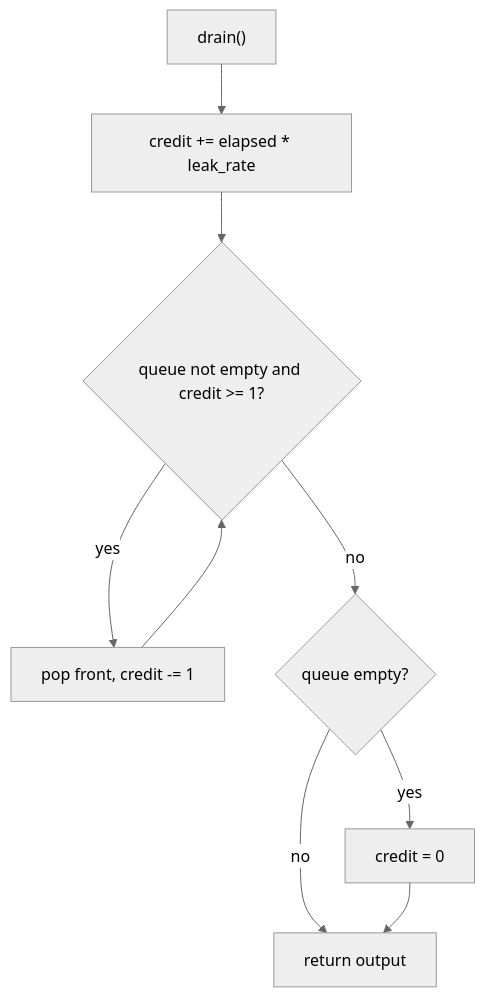
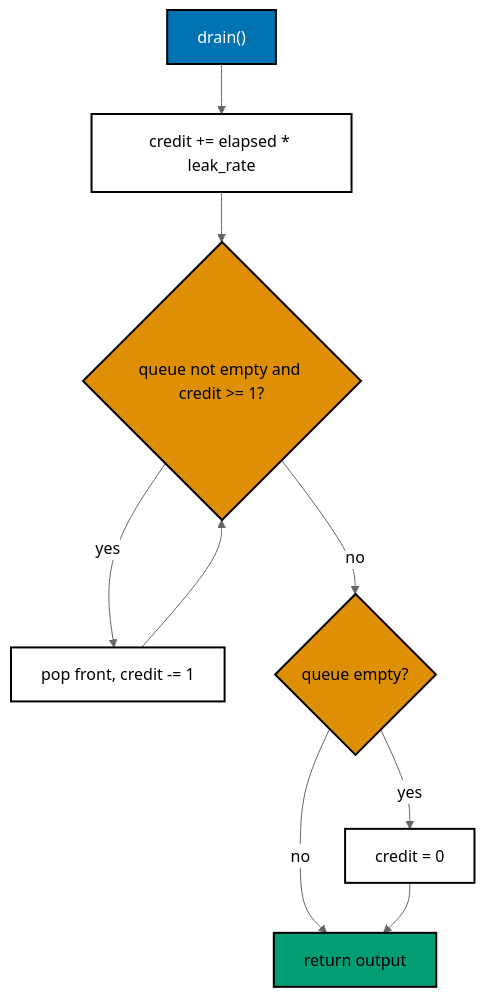
The second of 2 diagrams in drill/system-design-algos/in-python/algo_19_leaky_bucket.md (wahidyankf/grind-in-public), drawn with Mermaid (neutral theme) before and after one commit. The commit also changed other lines of this file and 22 other files, not shown here.

First line of the commit message:
docs: use accessible palette in mermaid diagrams

````diff
--- a/drill/system-design-algos/in-python/algo_19_leaky_bucket.md
+++ b/drill/system-design-algos/in-python/algo_19_leaky_bucket.md
@@ -50,15 +57,22 @@
 ```mermaid
 flowchart TD
   accTitle: Leaky bucket drain
   accDescr {
     Shows how drain adds credit, releases items, and resets credit when the queue is empty.
   }
   A["drain()"] --> B["credit += elapsed * leak_rate"]
   B --> C{"queue not empty and credit >= 1?"}
   C -->|yes| D["pop front, credit -= 1"]
   D --> C
   C -->|no| E{queue empty?}
   E -->|yes| F["credit = 0"]
   E -->|no| G[return output]
   F --> G
+  classDef default fill:#FFFFFF,stroke:#000000,color:#000000,stroke-width:2px
+  classDef blue fill:#0173B2,stroke:#000000,color:#FFFFFF,stroke-width:2px
+  classDef orange fill:#DE8F05,stroke:#000000,color:#000000,stroke-width:2px
+  classDef teal fill:#029E73,stroke:#000000,color:#000000,stroke-width:2px
+  class C,E orange
+  class A blue
+  class G teal
 ```
````
